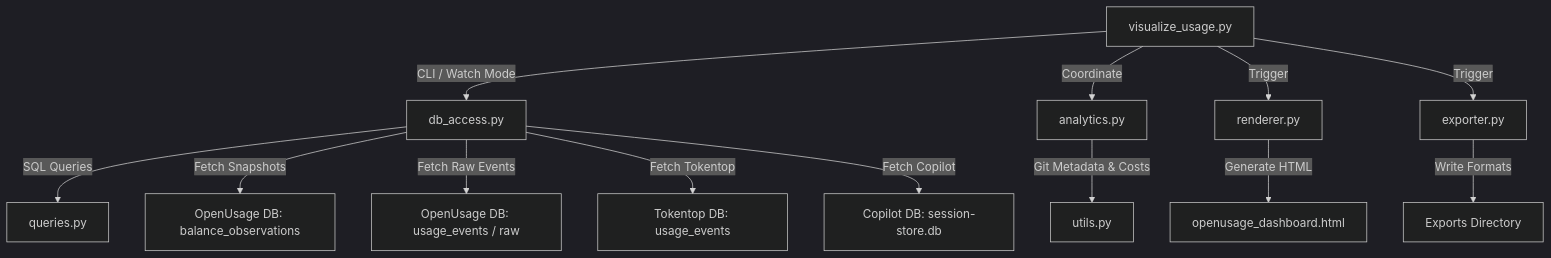
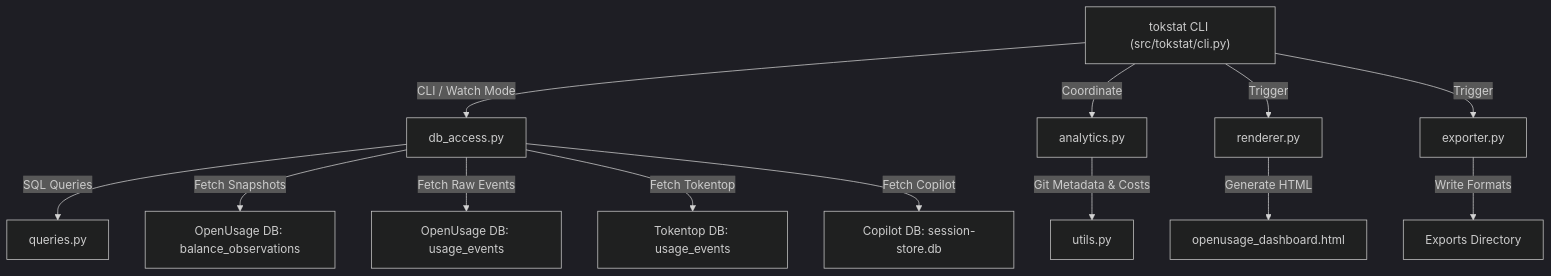
The diagram in docs/observatory_architecture.md (kendallcore/tokstat), drawn with Mermaid (dark theme) before and after one commit. The commit also changed other lines of this file, not shown here.

Commit message:
docs: update observatory architecture for public tokstat release

````diff
--- a/docs/observatory_architecture.md
+++ b/docs/observatory_architecture.md
@@ -11,15 +11,15 @@
 ```mermaid
 graph TD
-    A[visualize_usage.py] -->|CLI / Watch Mode| B[db_access.py]
-    A -->|Coordinate| C[analytics.py]
-    A -->|Trigger| D[renderer.py]
-    A -->|Trigger| E[exporter.py]
-    B -->|SQL Queries| F[queries.py]
-    B -->|Fetch Snapshots| J[OpenUsage DB: balance_observations]
-    B -->|Fetch Raw Events| K[OpenUsage DB: usage_events / raw]
-    B -->|Fetch Tokentop| L[Tokentop DB: usage_events]
-    B -->|Fetch Copilot| M[Copilot DB: session-store.db]
-    C -->|Git Metadata & Costs| G[utils.py]
-    D -->|Generate HTML| H[openusage_dashboard.html]
-    E -->|Write Formats| I[Exports Directory]
+    A["tokstat CLI (src/tokstat/cli.py)"] -->|CLI / Watch Mode| B["db_access.py"]
+    A -->|Coordinate| C["analytics.py"]
+    A -->|Trigger| D["renderer.py"]
+    A -->|Trigger| E["exporter.py"]
+    B -->|SQL Queries| F["queries.py"]
+    B -->|Fetch Snapshots| J["OpenUsage DB: balance_observations"]
+    B -->|Fetch Raw Events| K["OpenUsage DB: usage_events"]
+    B -->|Fetch Tokentop| L["Tokentop DB: usage_events"]
+    B -->|Fetch Copilot| M["Copilot DB: session-store.db"]
+    C -->|Git Metadata & Costs| G["utils.py"]
+    D -->|Generate HTML| H["openusage_dashboard.html"]
+    E -->|Write Formats| I["Exports Directory"]
 ```
````
